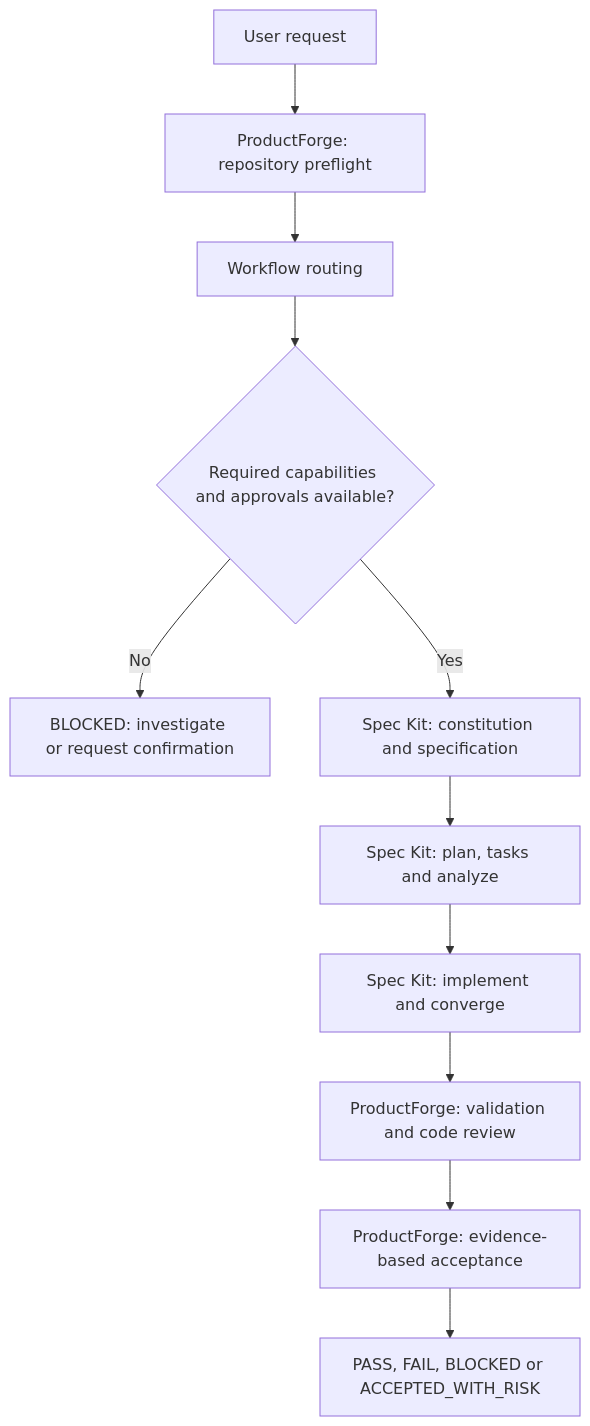
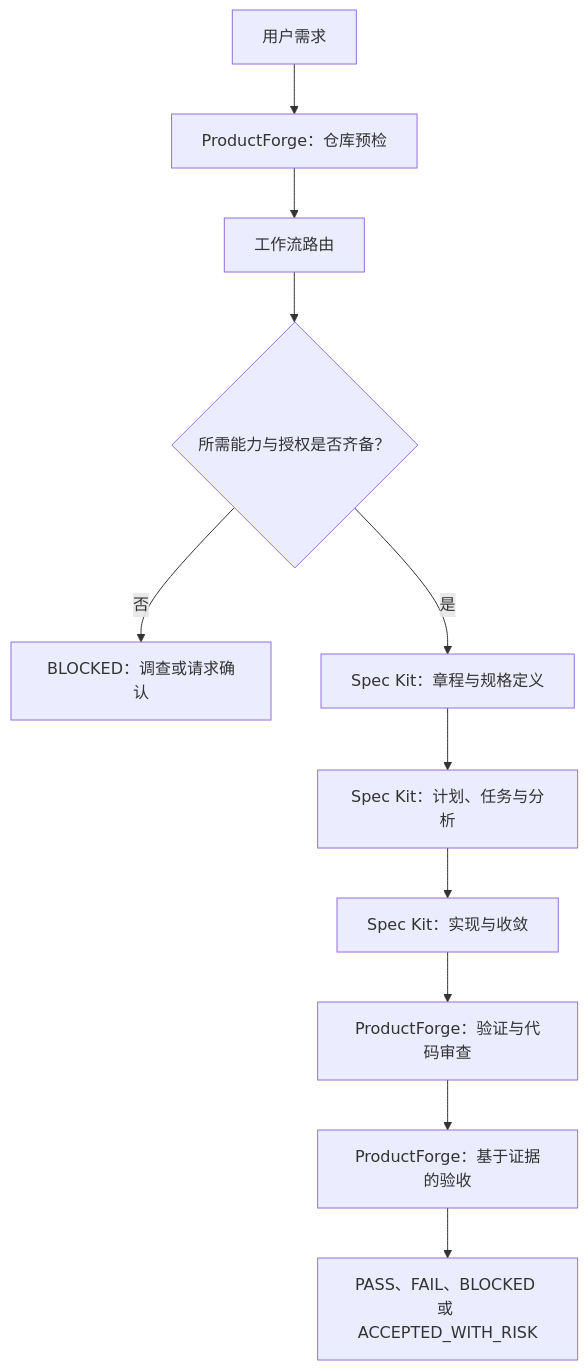
One commit to LissH2003/product-forge changed the diagram in README.md. Above: the diagram before and after it, drawn with Mermaid. The commit also changed other lines of this file and 1 other file, not shown here.

````diff
--- a/README.md
+++ b/README.md
@@ -33,13 +35,13 @@
 ```mermaid
 flowchart TD
-    request["User request"] --> preflight["ProductForge: repository preflight"]
-    preflight --> routing["Workflow routing"]
-    routing --> gates{"Required capabilities and approvals available?"}
-    gates -->|"No"| blocked["BLOCKED: investigate or request confirmation"]
-    gates -->|"Yes"| specKit["Spec Kit: constitution and specification"]
-    specKit --> planning["Spec Kit: plan, tasks and analyze"]
-    planning --> implementation["Spec Kit: implement and converge"]
-    implementation --> validation["ProductForge: validation and code review"]
-    validation --> acceptance["ProductForge: evidence-based acceptance"]
-    acceptance --> decision["PASS, FAIL, BLOCKED or ACCEPTED_WITH_RISK"]
+    request["用户需求"] --> preflight["ProductForge：仓库预检"]
+    preflight --> routing["工作流路由"]
+    routing --> gates{"所需能力与授权是否齐备？"}
+    gates -->|"否"| blocked["BLOCKED：调查或请求确认"]
+    gates -->|"是"| specKit["Spec Kit：章程与规格定义"]
+    specKit --> planning["Spec Kit：计划、任务与分析"]
+    planning --> implementation["Spec Kit：实现与收敛"]
+    implementation --> validation["ProductForge：验证与代码审查"]
+    validation --> acceptance["ProductForge：基于证据的验收"]
+    acceptance --> decision["PASS、FAIL、BLOCKED 或 ACCEPTED_WITH_RISK"]
 ```
````
